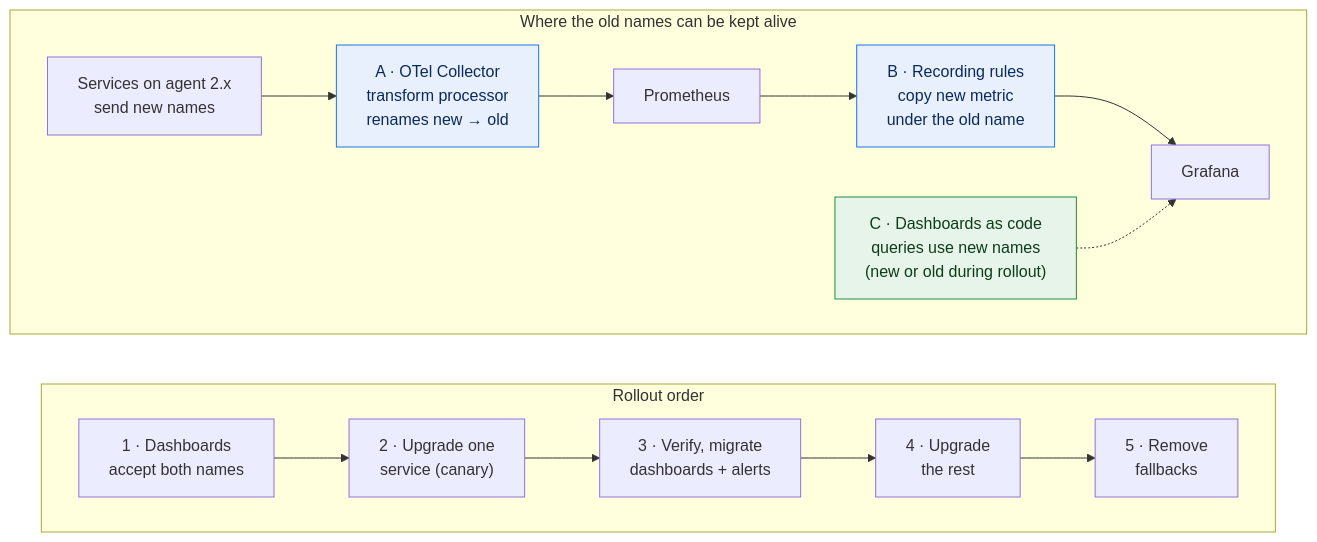
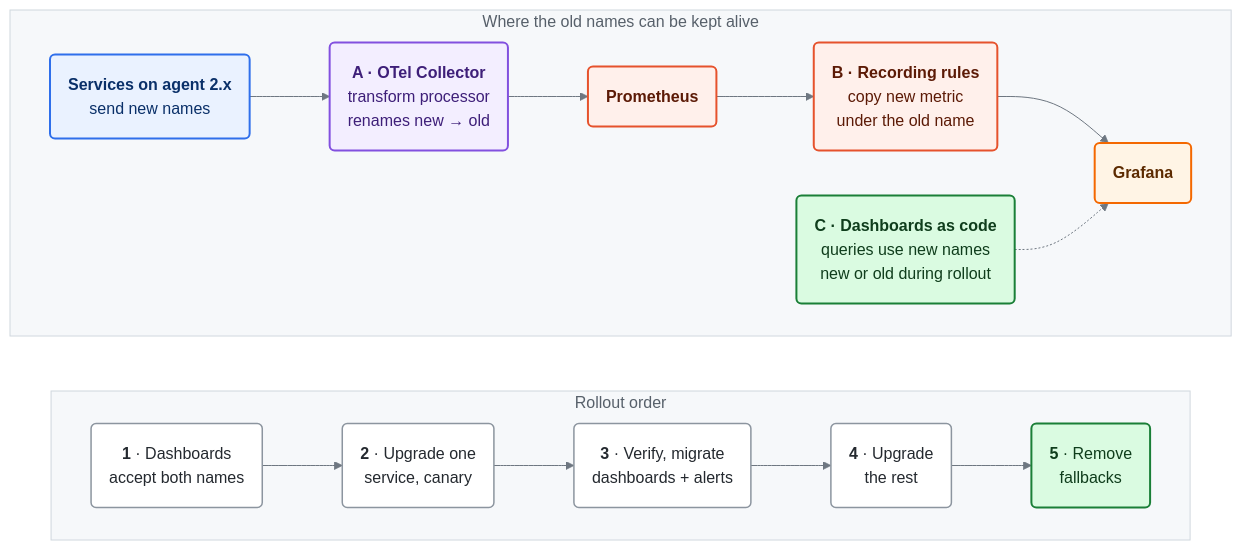
The diagram in docs/diagrams/sre-migration.mmd (imenbkr/demo-otel-jvm-schema-drift), drawn with Mermaid before and after one commit. The commit also changed 21 other files, not shown here.

Commit message:
Add deploy markers, restyle diagrams, refresh dashboard screenshots

```diff
--- a/docs/diagrams/sre-migration.mmd
+++ b/docs/diagrams/sre-migration.mmd
@@ -1,20 +1,27 @@
+%%{init: {"theme": "base", "themeVariables": {"fontFamily": "Arial, Helvetica, sans-serif", "fontSize": "16px", "primaryColor": "#ffffff", "primaryBorderColor": "#8c959f", "primaryTextColor": "#1f2328", "lineColor": "#6e7781", "clusterBkg": "#f6f8fa", "clusterBorder": "#d0d7de", "edgeLabelBackground": "#ffffff", "titleColor": "#57606a"}, "flowchart": {"curve": "basis", "nodeSpacing": 45, "rankSpacing": 55, "padding": 18}}}%%
 flowchart TB
   subgraph where["Where the old names can be kept alive"]
     direction LR
-    app["Services on agent 2.x<br/>send new names"]
-    col["A · OTel Collector<br/>transform processor<br/>renames new → old"]:::opt
-    prom["Prometheus"]
-    rec["B · Recording rules<br/>copy new metric<br/>under the old name"]:::opt
-    graf["Grafana"]
-    q["C · Dashboards as code<br/>queries use new names<br/>(new or old during rollout)"]:::best
+    app("<b>Services on agent 2.x</b><br/>send new names"):::jvm
+    col("<b>A · OTel Collector</b><br/>transform processor<br/>renames new → old"):::gate
+    prom("<b>Prometheus</b>"):::prom
+    rec("<b>B · Recording rules</b><br/>copy new metric<br/>under the old name"):::prom
+    graf("<b>Grafana</b>"):::graf
+    q("<b>C · Dashboards as code</b><br/>queries use new names<br/>new or old during rollout"):::ok
     app --> col --> prom --> rec --> graf
     q -.-> graf
   end
   subgraph roll["Rollout order"]
     direction LR
-    r1["1 · Dashboards<br/>accept both names"] --> r2["2 · Upgrade one<br/>service (canary)"] --> r3["3 · Verify, migrate<br/>dashboards + alerts"] --> r4["4 · Upgrade<br/>the rest"] --> r5["5 · Remove<br/>fallbacks"]
+    r1("<b>1</b> · Dashboards<br/>accept both names"):::infra --> r2("<b>2</b> · Upgrade one<br/>service, canary"):::infra --> r3("<b>3</b> · Verify, migrate<br/>dashboards + alerts"):::infra --> r4("<b>4</b> · Upgrade<br/>the rest"):::infra --> r5("<b>5</b> · Remove<br/>fallbacks"):::ok
   end
   where ~~~ roll
 
-  classDef opt fill:#e8f0fe,stroke:#1a73e8,color:#0b2a5b
-  classDef best fill:#e6f4ea,stroke:#1e8e3e,color:#0d3d1b
+  classDef jvm fill:#eaf2ff,stroke:#2f6feb,stroke-width:2px,color:#0a3069
+  classDef prom fill:#fff0eb,stroke:#e6522c,stroke-width:2px,color:#5c1a06
+  classDef graf fill:#fff4e5,stroke:#f46800,stroke-width:2px,color:#5c2a00
+  classDef infra fill:#ffffff,stroke:#8c959f,stroke-width:1.5px,color:#24292f
+  classDef gate fill:#f3eeff,stroke:#8250df,stroke-width:2px,color:#3e1f79
+  classDef ok fill:#dafbe1,stroke:#1a7f37,stroke-width:2px,color:#0f3d1c
+  classDef bad fill:#ffebe9,stroke:#cf222e,stroke-width:2px,color:#6e1a1f
+  classDef warn fill:#fff8c5,stroke:#bf8700,stroke-width:2px,color:#4d2d00
```
